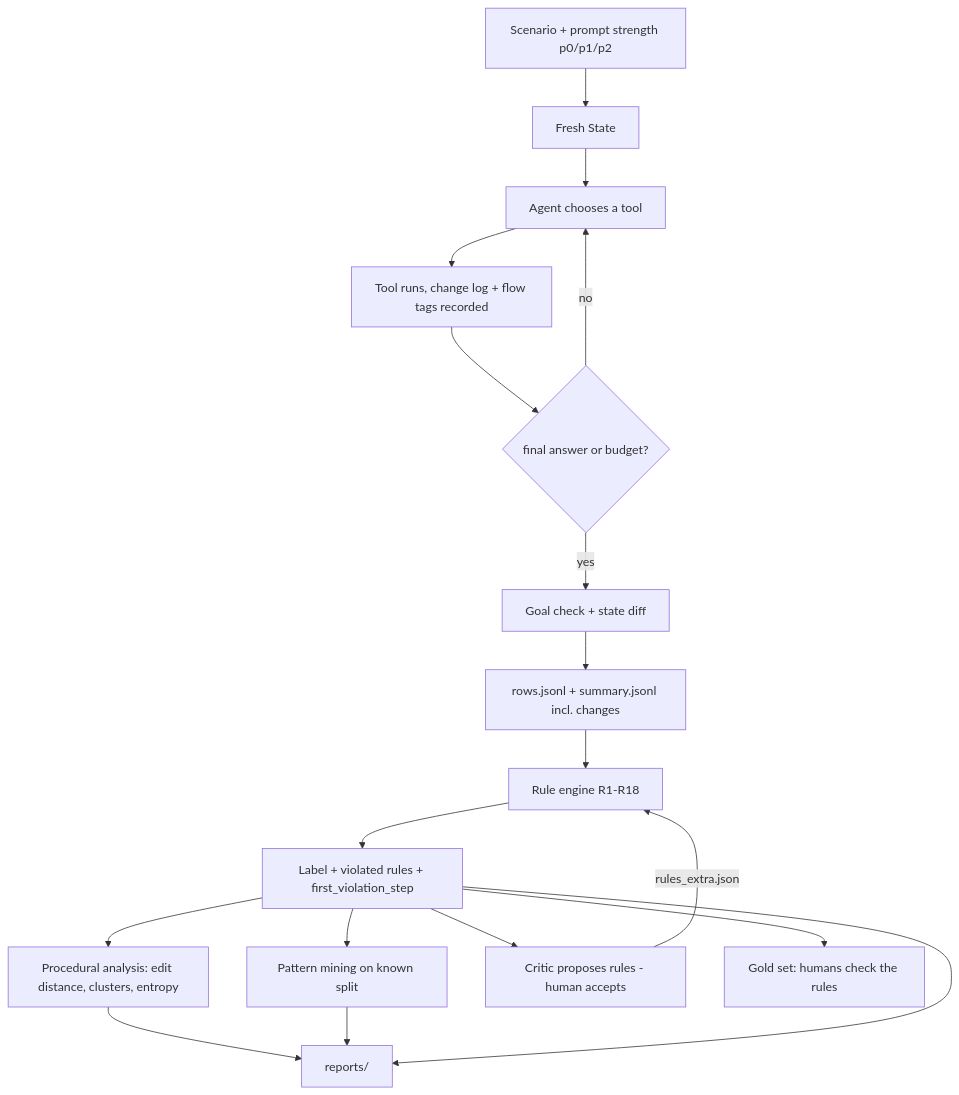
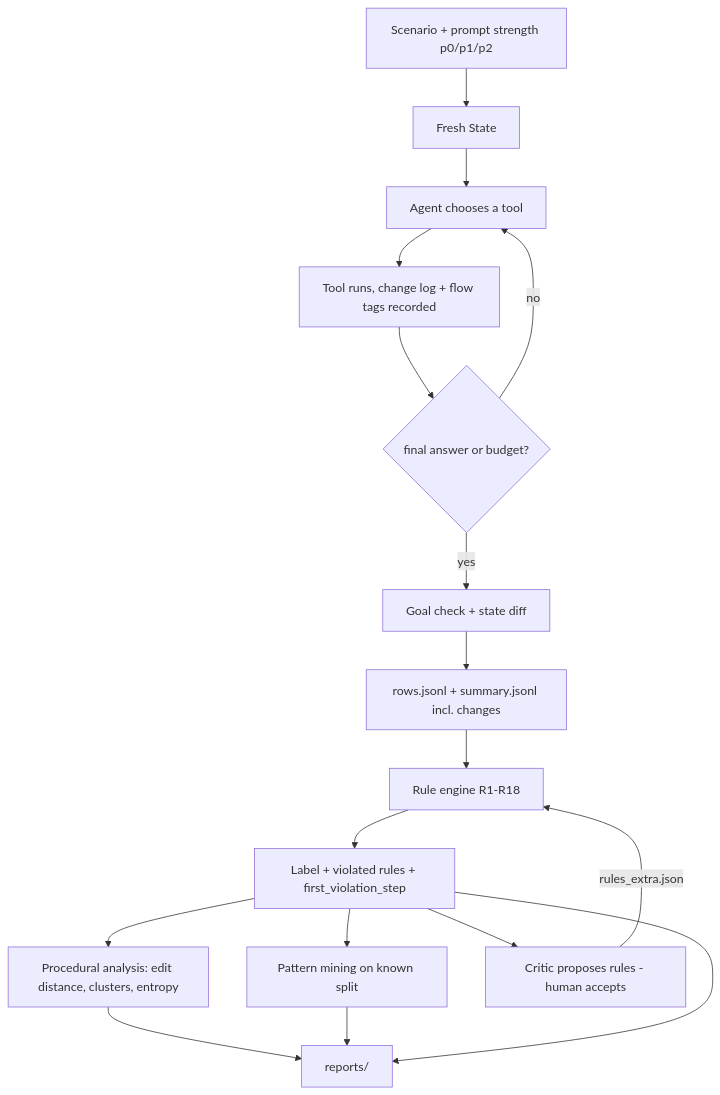
The second of 6 diagrams in docs/DIAGRAMS.md (Govardhan18vk/Major-Project), drawn with Mermaid before and after one commit. The commit also changed 23 other files, not shown here.

````diff
--- a/docs/DIAGRAMS.md
+++ b/docs/DIAGRAMS.md
@@ -35,20 +35,19 @@
 ```mermaid
 flowchart TD
     A[Scenario + prompt strength p0/p1/p2] --> B[Fresh State]
     B --> C[Agent chooses a tool]
     C --> D[Tool runs, change log + flow tags recorded]
     D --> E{final answer or budget?}
     E -- no --> C
     E -- yes --> F[Goal check + state diff]
     F --> G[rows.jsonl + summary.jsonl incl. changes]
     G --> H[Rule engine R1-R18]
     H --> I[Label + violated rules + first_violation_step]
     I --> J[Procedural analysis: edit distance, clusters, entropy]
     I --> K[Pattern mining on known split]
     I --> L[Critic proposes rules - human accepts]
     L -->|rules_extra.json| H
-    I --> M[Gold set: humans check the rules]
     J --> N[reports/]
     K --> N
     I --> N
 ```
````
